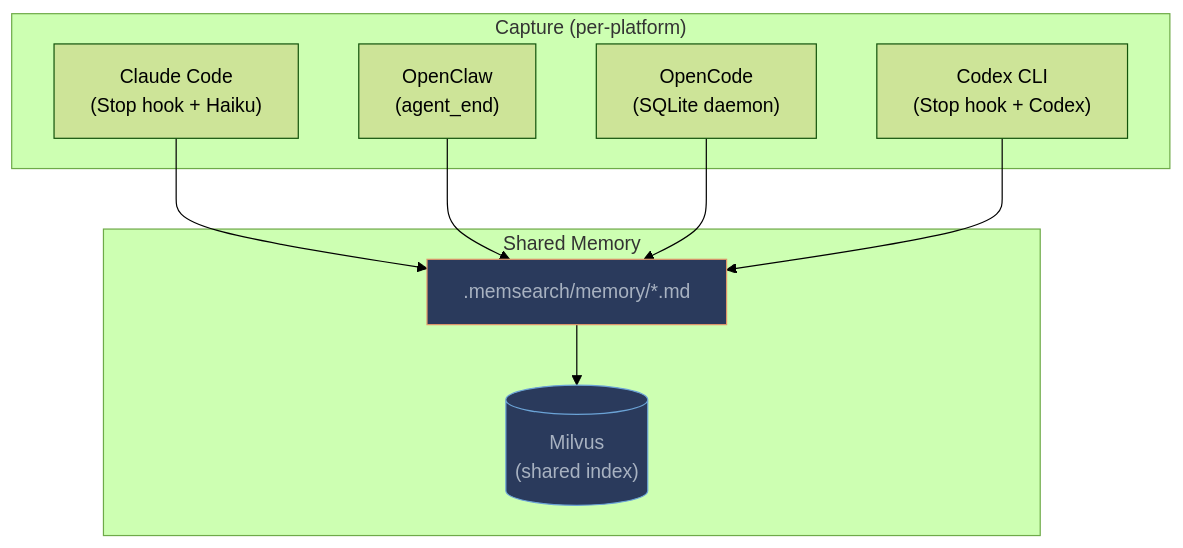
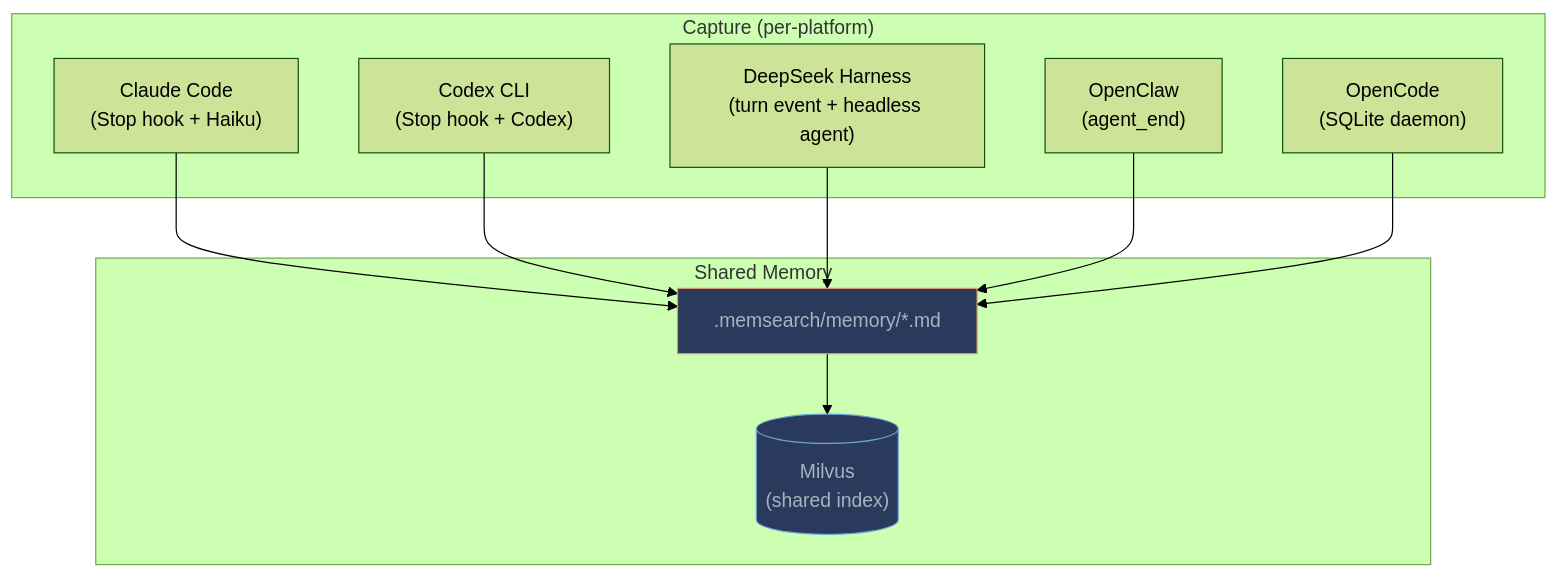
Before and after one commit to zilliztech/memsearch: the first of 10 diagrams in docs/architecture.md, drawn with Mermaid (forest theme). The commit also changed other lines of this file and 21 other files, not shown here.

Commit message:
docs: add DeepSeek Harness plugin guide

````diff
--- a/docs/architecture.md
+++ b/docs/architecture.md
@@ -11,20 +11,21 @@
 ```mermaid
 graph TB
     subgraph "Capture (per-platform)"
         CC["Claude Code<br/>(Stop hook + Haiku)"]
+        CX["Codex CLI<br/>(Stop hook + Codex)"]
+        DSH["DeepSeek Harness<br/>(turn event + headless agent)"]
         OC["OpenClaw<br/>(agent_end)"]
         OO["OpenCode<br/>(SQLite daemon)"]
-        CX["Codex CLI<br/>(Stop hook + Codex)"]
     end
 
     subgraph "Shared Memory"
         MD[".memsearch/memory/*.md"]
         MIL[("Milvus<br/>(shared index)")]
     end
 
-    CC & OC & OO & CX --> MD
+    CC & CX & DSH & OC & OO --> MD
     MD --> MIL
 
     style MD fill:#2a3a5c,stroke:#e0976b,color:#a8b2c1
     style MIL fill:#2a3a5c,stroke:#6ba3d6,color:#a8b2c1
 ```
````
